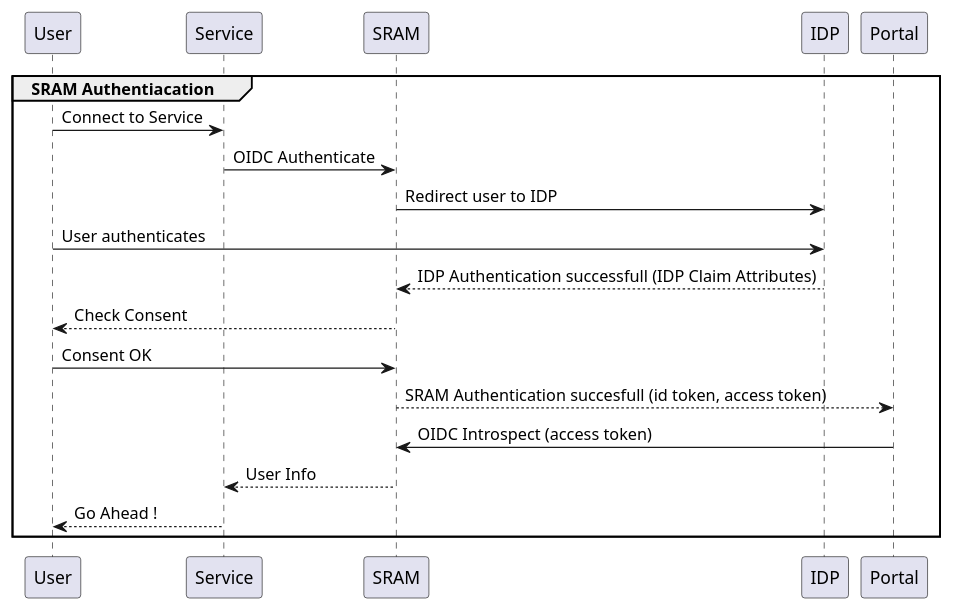
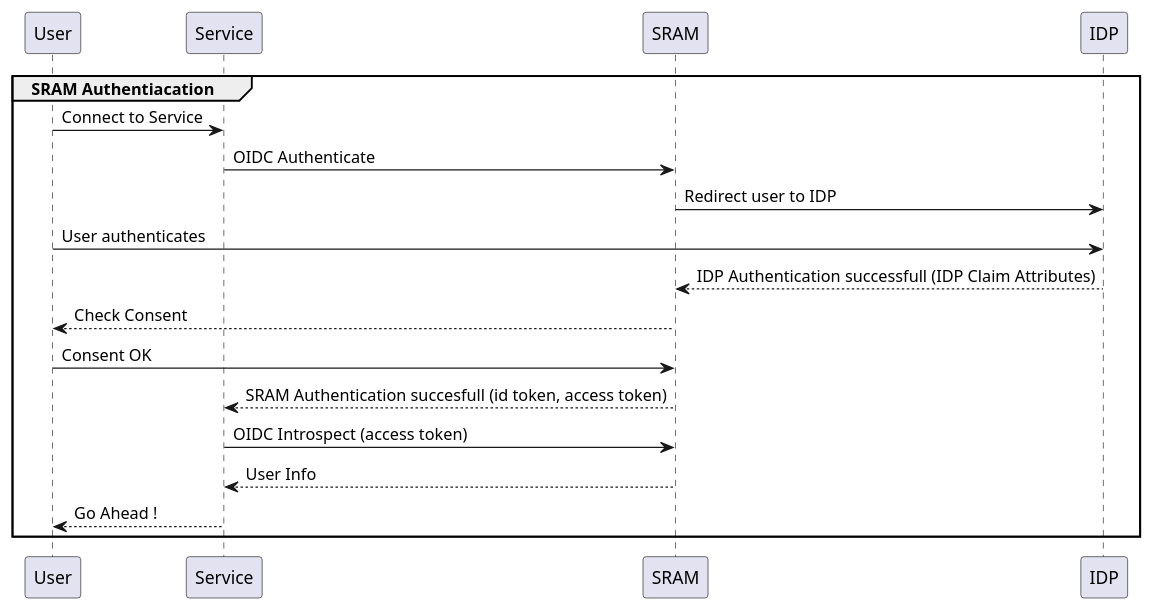
Before and after one commit to HarryKodden/SRAM-Token-Service: the diagram in assets/SRAM_Authentication.iuml, drawn with PlantUML.

```diff
--- a/assets/SRAM_Authentication.iuml
+++ b/assets/SRAM_Authentication.iuml
@@ -1,15 +1,15 @@
 @startuml
 group SRAM Authentiacation
     User -> Service: Connect to Service
     Service -> SRAM: OIDC Authenticate
     SRAM -> IDP: Redirect user to IDP
     User -> IDP: User authenticates
     IDP --> SRAM: IDP Authentication successfull (IDP Claim Attributes)
     SRAM --> User: Check Consent
     User -> SRAM: Consent OK
-    SRAM --> Portal: SRAM Authentication succesfull (id token, access token)
-    Portal -> SRAM: OIDC Introspect (access token)
+    SRAM --> Service: SRAM Authentication succesfull (id token, access token)
+    Service -> SRAM: OIDC Introspect (access token)
     SRAM --> Service: User Info
     Service --> User: Go Ahead !
 end
 @enduml
```
